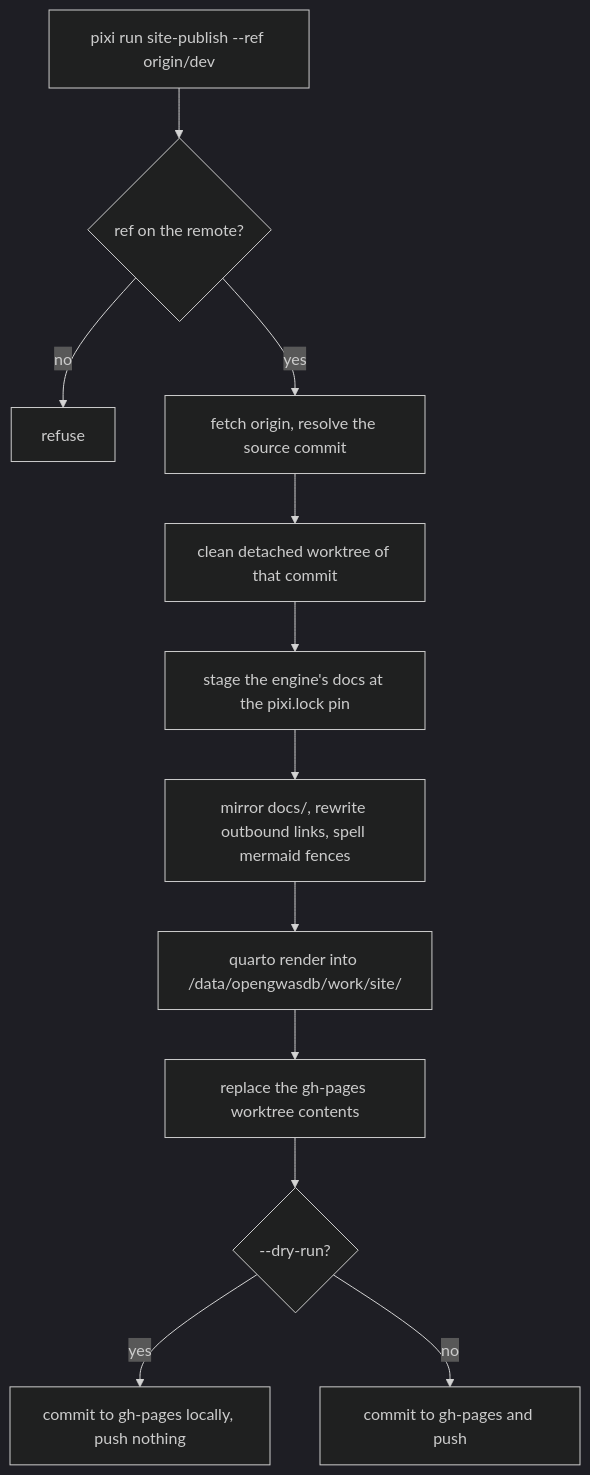
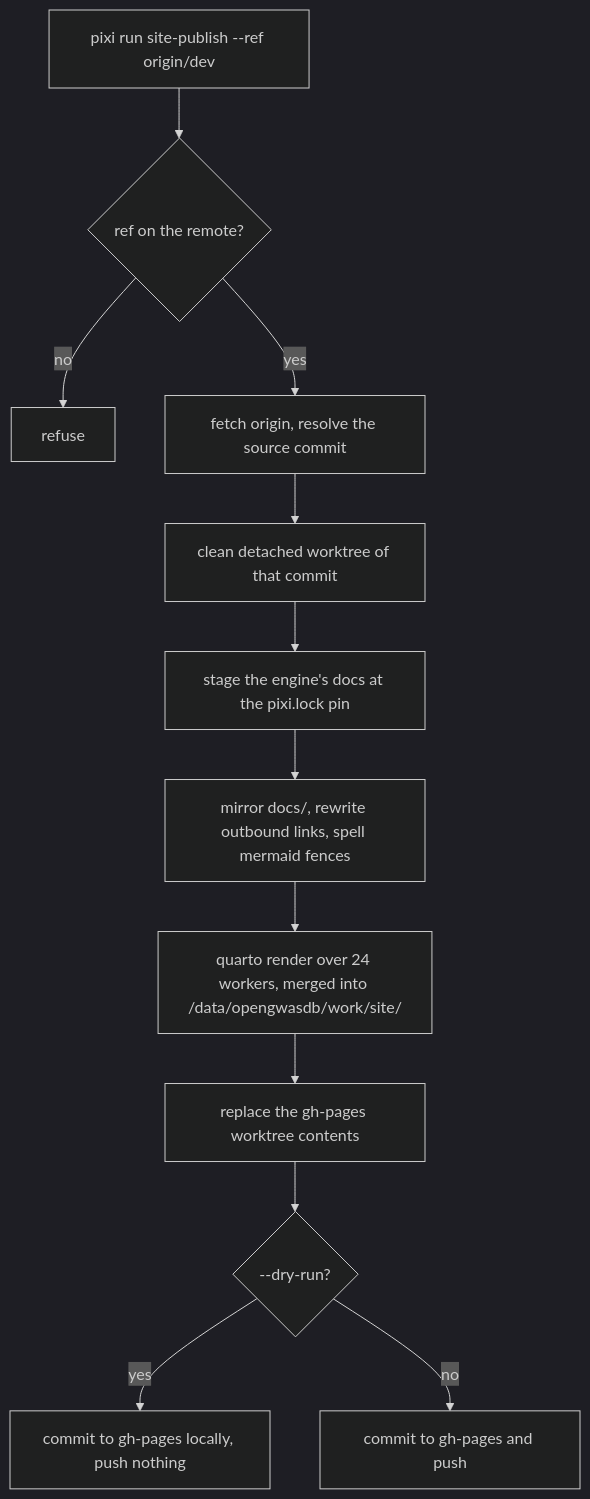
The diagram in docs/site.md (opengwas/opengwasdb-stores), drawn with Mermaid (dark theme) before and after one commit. The commit also changed other lines of this file and 8 other files, not shown here.

````diff
--- a/docs/site.md
+++ b/docs/site.md
@@ -53,14 +80,14 @@
 ```mermaid
 flowchart TD
   A["pixi run site-publish --ref origin/dev"] --> B{"ref on the remote?"}
   B -- no --> X["refuse"]
   B -- yes --> C["fetch origin, resolve the source commit"]
   C --> D["clean detached worktree of that commit"]
   D --> E["stage the engine's docs at the pixi.lock pin"]
   E --> F["mirror docs/, rewrite outbound links, spell mermaid fences"]
-  F --> G["quarto render into /data/opengwasdb/work/site/"]
+  F --> G["quarto render over 24 workers, merged into /data/opengwasdb/work/site/"]
   G --> H["replace the gh-pages worktree contents"]
   H --> I{"--dry-run?"}
   I -- yes --> J["commit to gh-pages locally, push nothing"]
   I -- no --> K["commit to gh-pages and push"]
 ```
````
